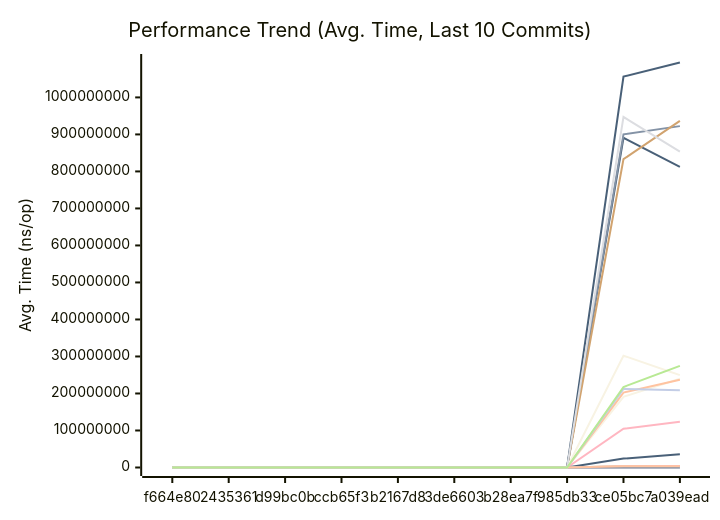
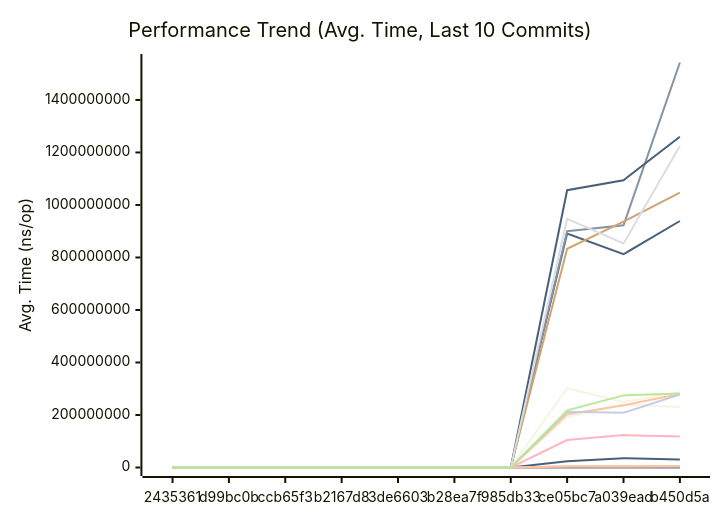
Before and after one commit to alsotoes/momo: the first of 3 diagrams in docs/PERFORMANCE.md, drawn with Mermaid. The commit also changed other lines of this file and 6 other files, not shown here.

Commit message:
docs: mark momofs R4 implemented — ROADMAP + docs/momofs status (#932)

````diff
--- a/docs/PERFORMANCE.md
+++ b/docs/PERFORMANCE.md
@@ -252,42 +252,42 @@
 ```mermaid
 xychart-beta
     title "Performance Trend (Avg. Time, Last 10 Commits)"
     x-axis "Commit"
     y-axis "Avg. Time (ns/op)"
-    x-axis [f664e80,2435361,d99bc0b,ccb65f3,b2167d8,3de6603,b28ea7f,985db33,ce05bc7,a039ead]
-    line "AWSChunkedReaderSigned" [418132,447933,454201,498260,437140,488574,498069,465911,433775,468904]
-    line "AWSChunkedReaderUnsigned" [400163,434167,472936,515178,422333,429659,468690,435995,410570,459580]
-    line "CheckMetricsAndSwap" [7,8,11,10,8,8,11,8,8,8]
-    line "CrushOptimized" [300,360,327,392,318,363,314,313,296,324]
-    line "CrushOriginal" [395,414,473,508,433,434,468,438,389,424]
-    line "FormatListObjectsV2XML_AppendFormat" [0,0,0,0,0,0,0,0,585500,632895]
-    line "FormatListObjectsV2XML_OldFormat" [0,0,0,0,0,0,0,0,385936,392685]
-    line "HashBytes/1MiB" [0,0,0,0,0,0,0,0,2943044,3455198]
-    line "HashBytes/256MiB" [0,0,0,0,0,0,0,0,890920045,812286372]
-    line "HashBytes/64MiB" [0,0,0,0,0,0,0,0,191159849,239861268]
-    line "HashFile/1MiB" [0,0,0,0,0,0,0,0,3438255,3866812]
-    line "HashFile/256MiB" [0,0,0,0,0,0,0,0,900152012,922386758]
-    line "HashFile/64MiB" [0,0,0,0,0,0,0,0,202378726,236988193]
+    x-axis [2435361,d99bc0b,ccb65f3,b2167d8,3de6603,b28ea7f,985db33,ce05bc7,a039ead,b450d5a]
+    line "AWSChunkedReaderSigned" [447933,454201,498260,437140,488574,498069,465911,433775,468904,508062]
+    line "AWSChunkedReaderUnsigned" [434167,472936,515178,422333,429659,468690,435995,410570,459580,513068]
+    line "CheckMetricsAndSwap" [8,11,10,8,8,11,8,8,8,10]
+    line "CrushOptimized" [360,327,392,318,363,314,313,296,324,395]
+    line "CrushOriginal" [414,473,508,433,434,468,438,389,424,500]
+    line "FormatListObjectsV2XML_AppendFormat" [0,0,0,0,0,0,0,585500,632895,781453]
+    line "FormatListObjectsV2XML_OldFormat" [0,0,0,0,0,0,0,385936,392685,437988]
+    line "HashBytes/1MiB" [0,0,0,0,0,0,0,2943044,3455198,4083758]
+    line "HashBytes/256MiB" [0,0,0,0,0,0,0,890920045,812286372,938923522]
+    line "HashBytes/64MiB" [0,0,0,0,0,0,0,191159849,239861268,230821474]
+    line "HashFile/1MiB" [0,0,0,0,0,0,0,3438255,3866812,3929226]
+    line "HashFile/256MiB" [0,0,0,0,0,0,0,900152012,922386758,1542681975]
+    line "HashFile/64MiB" [0,0,0,0,0,0,0,202378726,236988193,279832912]
     line "IndexDirectTracking" [0,0,0,0,0,0,0,0,0,0]
-    line "IndexSearch" [3,3,3,3,3,2,2,2,3,3]
-    line "LoadGlobalConfig" [7608,8267,9369,9892,8516,8353,9052,8987,8373,9135]
-    line "LocalWrite/1MiB" [0,0,0,0,0,0,0,0,386344,535333]
-    line "LocalWrite/256MiB" [0,0,0,0,0,0,0,0,104739454,123322682]
-    line "LocalWrite/64MiB" [0,0,0,0,0,0,0,0,24065226,35686954]
-    line "PadString" [39,40,55,47,40,42,47,44,41,47]
+    line "IndexSearch" [3,3,3,3,2,2,2,3,3,3]
+    line "LoadGlobalConfig" [8267,9369,9892,8516,8353,9052,8987,8373,9135,11430]
+    line "LocalWrite/1MiB" [0,0,0,0,0,0,0,386344,535333,623012]
+    line "LocalWrite/256MiB" [0,0,0,0,0,0,0,104739454,123322682,118227363]
+    line "LocalWrite/64MiB" [0,0,0,0,0,0,0,24065226,35686954,30222165]
+    line "PadString" [40,55,47,40,42,47,44,41,47,91]
     line "ParseReplicationOrder_NoPrealloc" [350,349,357,354,345,225,229,165,232,234]
     line "ParseReplicationOrder_Prealloc" [229,231,237,234,229,108,107,80,110,109]
-    line "Placement" [0,0,0,0,0,0,0,0,4402,4818]
-    line "PlacementDomainSpread" [0,0,0,0,0,0,0,0,4713,5072]
-    line "ReadVerify/1MiB" [0,0,0,0,0,0,0,0,3322226,4158622]
-    line "ReadVerify/256MiB" [0,0,0,0,0,0,0,0,833047448,936726754]
-    line "ReadVerify/64MiB" [0,0,0,0,0,0,0,0,212456699,208430448]
-    line "S3PutSpool/1MiB" [0,0,0,0,0,0,0,0,3659136,3725511]
-    line "S3PutSpool/256MiB" [0,0,0,0,0,0,0,0,1056311038,1094320670]
-    line "S3PutSpool/64MiB" [0,0,0,0,0,0,0,0,302092155,249542876]
-    line "SanitizeLog/Safe" [224,240,236,244,225,243,248,275,222,246]
-    line "SanitizeLog/Unsafe" [650,706,809,898,695,698,749,710,674,741]
-    line "TrustedRead/1MiB" [0,0,0,0,0,0,0,0,3530931,3629261]
-    line "TrustedRead/256MiB" [0,0,0,0,0,0,0,0,947127786,853259220]
-    line "TrustedRead/64MiB" [0,0,0,0,0,0,0,0,217573714,274674598]
+    line "Placement" [0,0,0,0,0,0,0,4402,4818,5406]
+    line "PlacementDomainSpread" [0,0,0,0,0,0,0,4713,5072,5712]
+    line "ReadVerify/1MiB" [0,0,0,0,0,0,0,3322226,4158622,4423216]
+    line "ReadVerify/256MiB" [0,0,0,0,0,0,0,833047448,936726754,1047336519]
+    line "ReadVerify/64MiB" [0,0,0,0,0,0,0,212456699,208430448,278276063]
+    line "S3PutSpool/1MiB" [0,0,0,0,0,0,0,3659136,3725511,4622411]
+    line "S3PutSpool/256MiB" [0,0,0,0,0,0,0,1056311038,1094320670,1259669614]
+    line "S3PutSpool/64MiB" [0,0,0,0,0,0,0,302092155,249542876,286259711]
+    line "SanitizeLog/Safe" [240,236,244,225,243,248,275,222,246,264]
+    line "SanitizeLog/Unsafe" [706,809,898,695,698,749,710,674,741,900]
+    line "TrustedRead/1MiB" [0,0,0,0,0,0,0,3530931,3629261,4639890]
+    line "TrustedRead/256MiB" [0,0,0,0,0,0,0,947127786,853259220,1225064259]
+    line "TrustedRead/64MiB" [0,0,0,0,0,0,0,217573714,274674598,281874202]
 ```
````
